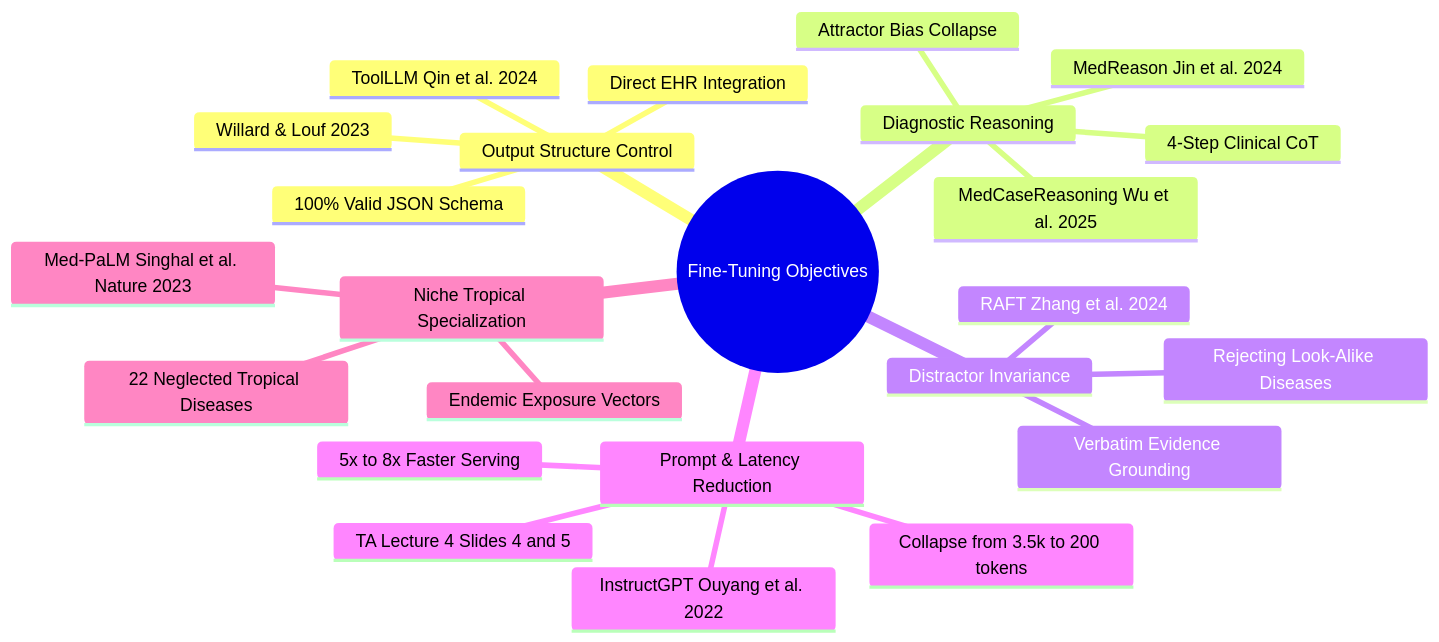
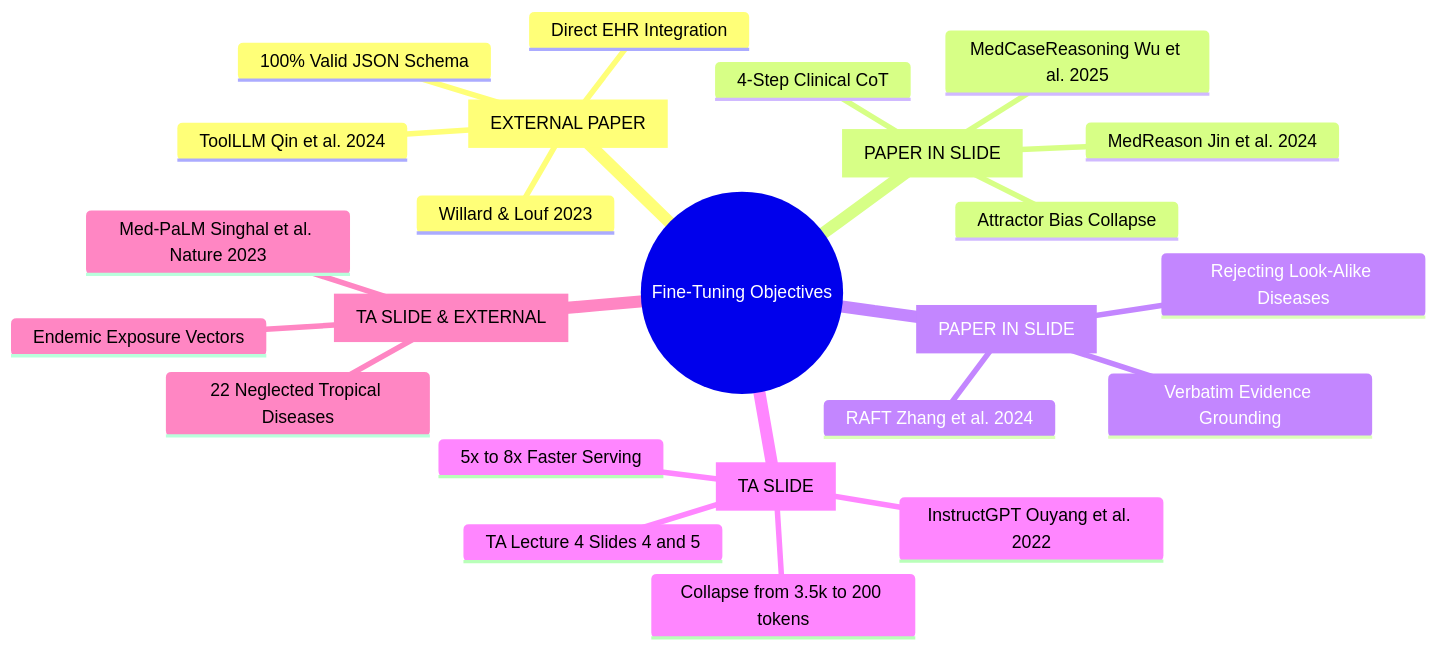
Before and after one commit to KhoaLeQuangMinh/Small-Multimodal-Models-for-Clinical-Diagnosis: the second of 3 diagrams in docs/FINETUNING_PLAN.md, drawn with Mermaid. The commit also changed other lines of this file, not shown here.

````diff
--- a/docs/FINETUNING_PLAN.md
+++ b/docs/FINETUNING_PLAN.md
@@ -117,27 +157,27 @@
 ```mermaid
 mindmap
   root((Fine-Tuning Objectives))
-    Output Structure Control
+    Output Structure Control [EXTERNAL PAPER]
       100% Valid JSON Schema
       Direct EHR Integration
       Willard & Louf 2023
       ToolLLM Qin et al. 2024
-    Diagnostic Reasoning
+    Diagnostic Reasoning [PAPER IN SLIDE]
       4-Step Clinical CoT
       Attractor Bias Collapse
       MedCaseReasoning Wu et al. 2025
       MedReason Jin et al. 2024
-    Distractor Invariance
+    Distractor Invariance [PAPER IN SLIDE]
       Rejecting Look-Alike Diseases
       Verbatim Evidence Grounding
       RAFT Zhang et al. 2024
-    Prompt & Latency Reduction
+    Prompt & Latency Reduction [TA SLIDE]
       Collapse from 3.5k to 200 tokens
       5x to 8x Faster Serving
       TA Lecture 4 Slides 4 and 5
       InstructGPT Ouyang et al. 2022
-    Niche Tropical Specialization
+    Niche Tropical Specialization [TA SLIDE & EXTERNAL]
       22 Neglected Tropical Diseases
       Endemic Exposure Vectors
       Med-PaLM Singhal et al. Nature 2023
 ```
````
